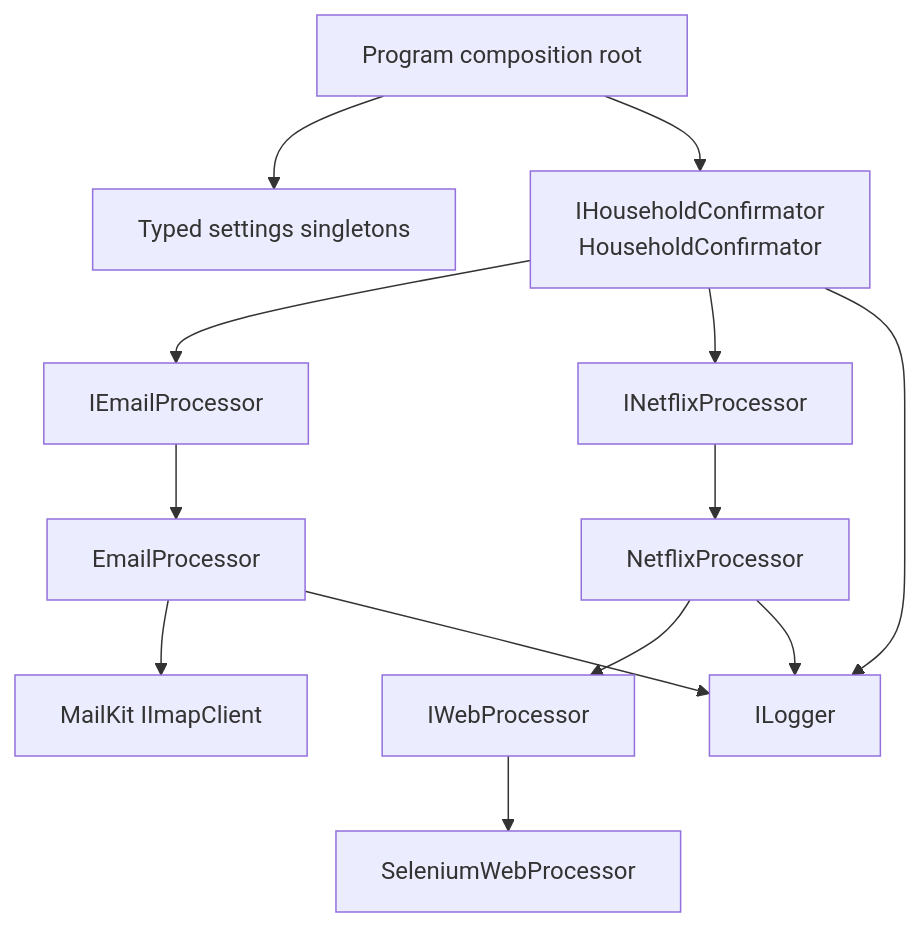
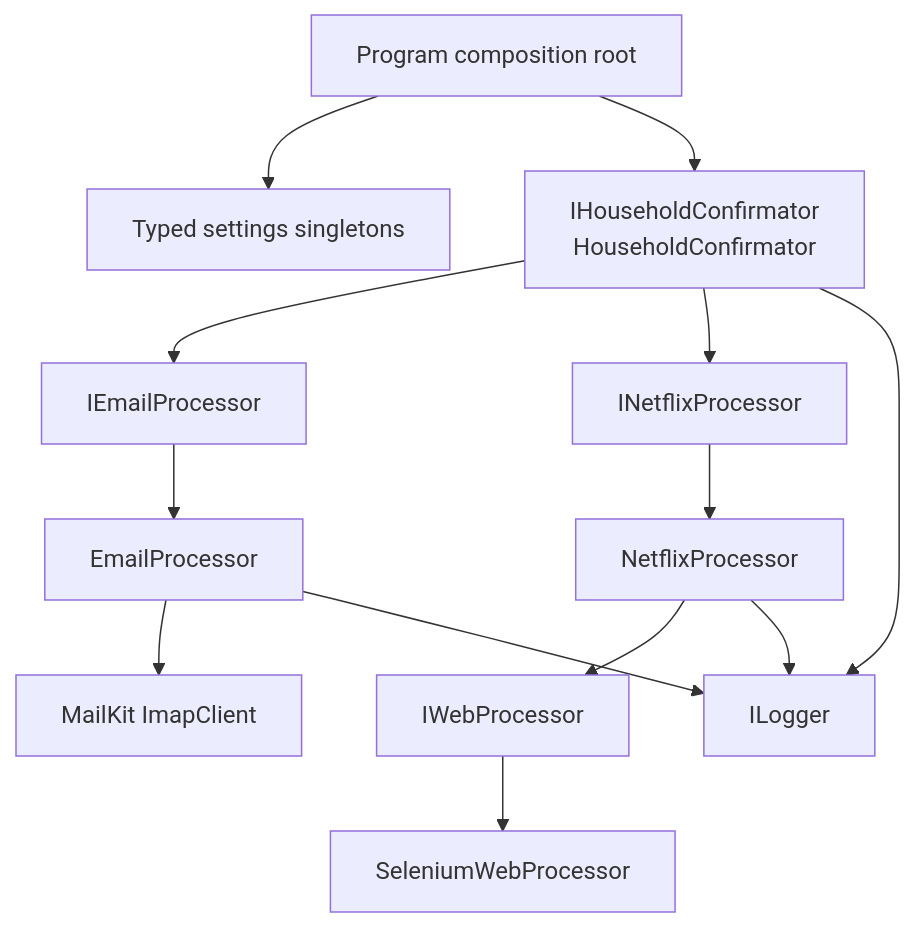
One commit to hmlendea/netflix-household-confirmator changed the second of 6 diagrams in ARCHITECTURE.md. Above: the diagram before and after it, drawn with Mermaid. The commit also changed other lines of this file and 23 other files, not shown here.

````diff
--- a/ARCHITECTURE.md
+++ b/ARCHITECTURE.md
@@ -72,15 +72,15 @@
 ```mermaid
 flowchart TD
     host[Program composition root] --> settings[Typed settings singletons]
     host --> orchestrator[IHouseholdConfirmator<br/>HouseholdConfirmator]
     orchestrator --> emailPort[IEmailProcessor]
     orchestrator --> netflixPort[INetflixProcessor]
     emailPort --> emailAdapter[EmailProcessor]
-    emailAdapter --> mailkit[MailKit IImapClient]
+    emailAdapter --> mailkit[MailKit ImapClient]
     netflixPort --> netflixAdapter[NetflixProcessor]
     netflixAdapter --> webPort[IWebProcessor]
     webPort --> selenium[SeleniumWebProcessor]
     orchestrator --> logger[ILogger]
     emailAdapter --> logger
     netflixAdapter --> logger
 ```
````
